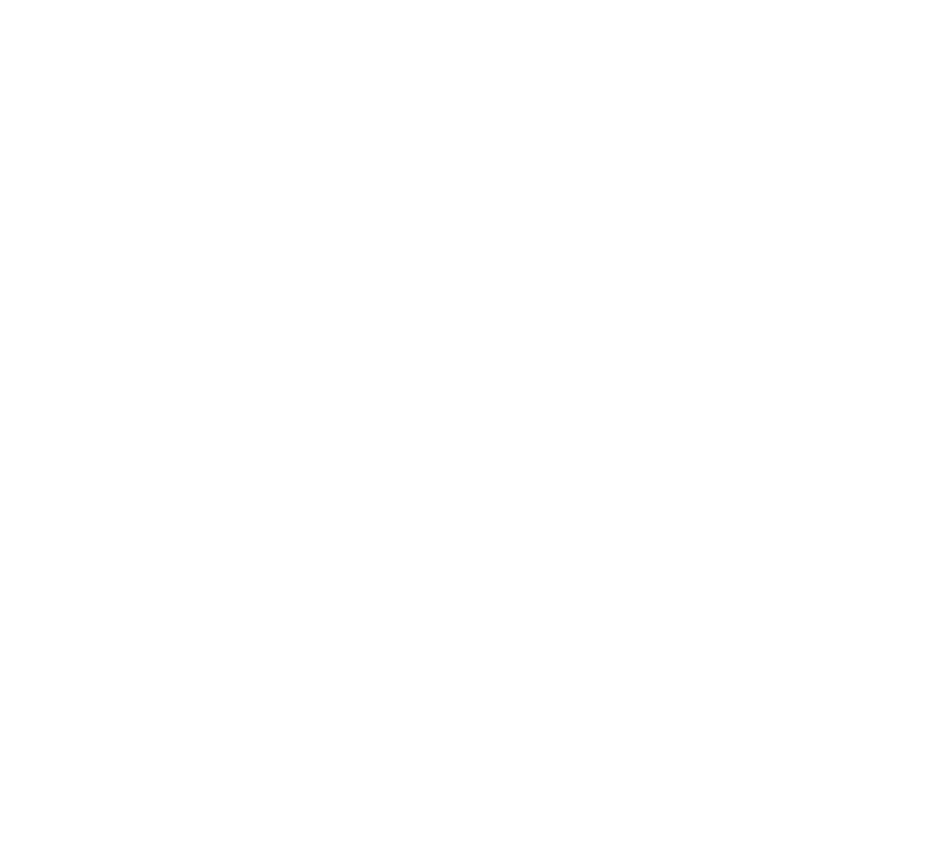
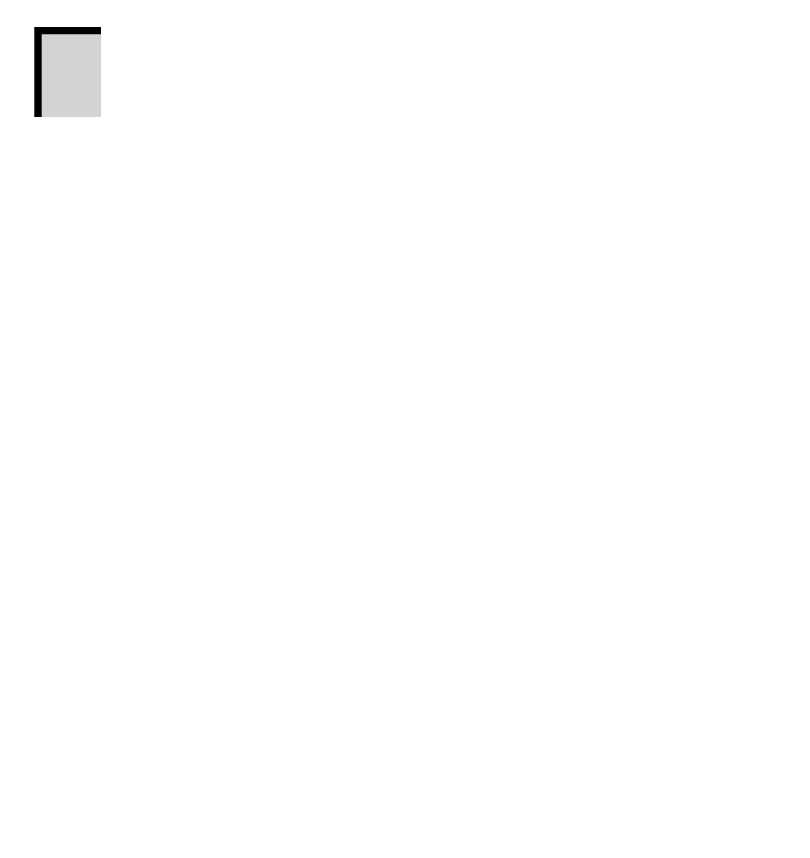
The diagram in RoboPlant.Server/ApiMap/RoboPlantApiMap.dot (MathiasReichardt/RoboPlant), drawn with Graphviz before and after one commit. The commit also changed 8 other files, not shown here.

Commit message:
Rename ProductionLines to Production to have a less similar name to ProductionLine

```diff
--- a/RoboPlant.Server/ApiMap/RoboPlantApiMap.dot
+++ b/RoboPlant.Server/ApiMap/RoboPlantApiMap.dot
@@ -1,14 +1,14 @@
 /* no self links */
 
 Digraph {
     graph [ dpi = 600 ]; 
     labelloc="t";
     labeljust=left;
     fontname="arial"
 
     rankdir=TB
     node [shape=box,style=filled, fontname = "arial"];
     edge [fontname = "arial"];
 
-    EntyrPoint -> ProductionLines[label="production"];
+    EntyrPoint -> Production[label="production"];
 }
```
